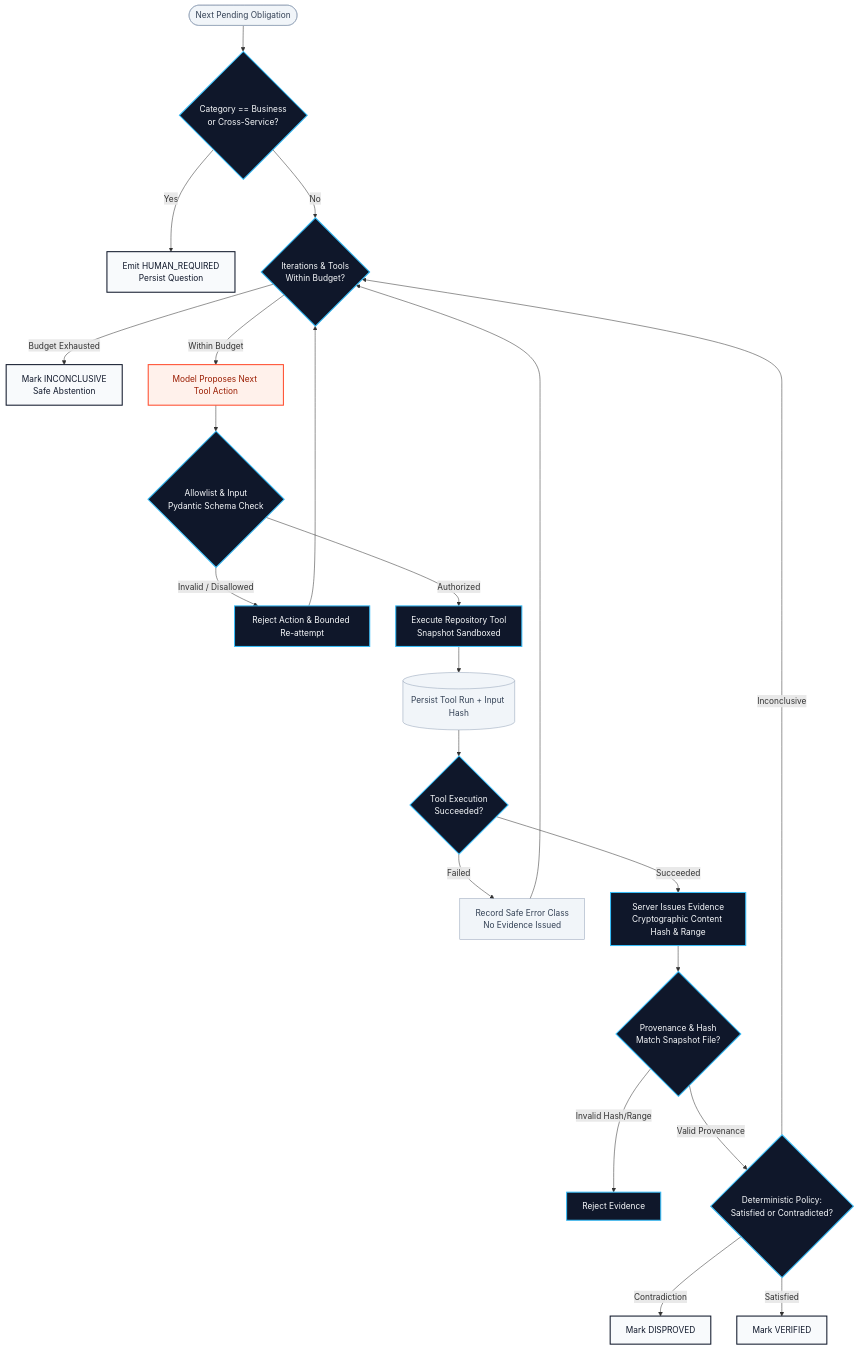
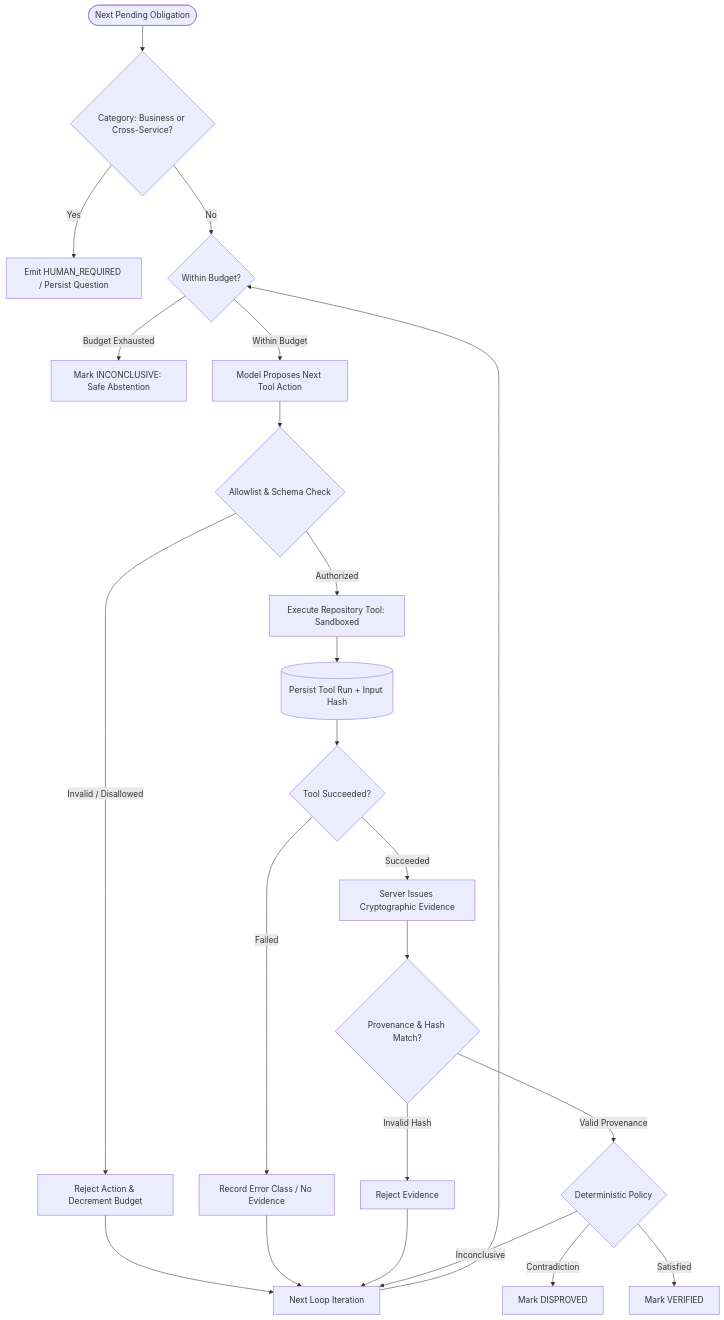
Before and after one commit to NikhilRaikwar/PlanProof: the second of 4 diagrams in README.md, drawn with Mermaid. The commit also changed other lines of this file and 16 other files, not shown here.

Commit message:
fix(ci): add playwright browser install, ruff formatting, and robust mermaid diagrams

````diff
--- a/README.md
+++ b/README.md
@@ -170,36 +164,32 @@
 ```mermaid
 flowchart TD
-  classDef model fill:#FFF1EB,stroke:#FF4D2E,stroke-width:2px,color:#9A1C00;
-  classDef engine fill:#0F172A,stroke:#38BDF8,stroke-width:2px,color:#F8FAFC;
-  classDef terminal fill:#F8FAFC,stroke:#0F172A,stroke-width:2px,color:#0F172A;
-  classDef state fill:#F1F5F9,stroke:#94A3B8,stroke-width:1px,color:#334155;
+  Start([Next Pending Obligation]) --> CheckCat{Category: Business or Cross-Service?}
+  CheckCat -->|Yes| HumanState[Emit HUMAN_REQUIRED / Persist Question]
+  CheckCat -->|No| CheckBudget{Within Budget?}
 
-  Start([Next Pending Obligation]):::state --> CheckCat{Category == Business<br/>or Cross-Service?}:::engine
+  CheckBudget -->|Budget Exhausted| InconclusiveState[Mark INCONCLUSIVE: Safe Abstention]
+  CheckBudget -->|Within Budget| LLMAction[Model Proposes Next Tool Action]
 
-  CheckCat -- Yes --> HumanState[Emit HUMAN_REQUIRED<br/>Persist Question]:::terminal
-  CheckCat -- No --> CheckBudget{Iterations & Tools<br/>Within Budget?}:::engine
+  LLMAction --> SchemaValidate{Allowlist & Schema Check}
+  SchemaValidate -->|Invalid / Disallowed| Replan[Reject Action & Decrement Budget]
+  Replan --> BoundedLoop[Next Loop Iteration]
+  BoundedLoop --> CheckBudget
 
-  CheckBudget -- Budget Exhausted --> InconclusiveState[Mark INCONCLUSIVE<br/>Safe Abstention]:::terminal
-  CheckBudget -- Within Budget --> LLMAction[Model Proposes Next Tool Action]:::model
+  SchemaValidate -->|Authorized| ExecuteTool[Execute Repository Tool: Sandboxed]
+  ExecuteTool --> RecordToolRun[(Persist Tool Run + Input Hash)]
 
-  LLMAction --> SchemaValidate{Allowlist & Input<br/>Pydantic Schema Check}:::engine
-  SchemaValidate -- Invalid / Disallowed --> Replan[Reject Action & Bounded Re-attempt]:::engine
-  Replan --> CheckBudget
+  RecordToolRun --> CheckToolStatus{Tool Succeeded?}
+  CheckToolStatus -->|Failed| ToolFailEvent[Record Error Class / No Evidence]
+  ToolFailEvent --> BoundedLoop
 
-  SchemaValidate -- Authorized --> ExecuteTool[Execute Repository Tool<br/>Snapshot Sandboxed]:::engine
-  ExecuteTool --> RecordToolRun[(Persist Tool Run + Input Hash)]:::state
+  CheckToolStatus -->|Succeeded| IssueEvidence[Server Issues Cryptographic Evidence]
+  IssueEvidence --> ValidateProvenance{Provenance & Hash Match?}
 
-  RecordToolRun --> CheckToolStatus{Tool Execution<br/>Succeeded?}:::engine
-  CheckToolStatus -- Failed --> ToolFailEvent[Record Safe Error Class<br/>No Evidence Issued]:::state
-  ToolFailEvent --> CheckBudget
+  ValidateProvenance -->|Invalid Hash| DropEvidence[Reject Evidence]
+  DropEvidence --> BoundedLoop
 
-  CheckToolStatus -- Succeeded --> IssueEvidence[Server Issues Evidence<br/>Cryptographic Content Hash & Range]:::engine
-  IssueEvidence --> ValidateProvenance{Provenance & Hash<br/>Match Snapshot File?}:::engine
-
-  ValidateProvenance -- Invalid Hash/Range --> DropEvidence[Reject Evidence]:::engine
-  ValidateProvenance -- Valid Provenance --> ApplyPolicy{Deterministic Policy:<br/>Satisfied or Contradicted?}:::engine
-
-  ApplyPolicy -- Contradiction --> Disproved[Mark DISPROVED]:::terminal
-  ApplyPolicy -- Satisfied --> Verified[Mark VERIFIED]:::terminal
-  ApplyPolicy -- Inconclusive --> CheckBudget
+  ValidateProvenance -->|Valid Provenance| ApplyPolicy{Deterministic Policy}
+  ApplyPolicy -->|Contradiction| Disproved[Mark DISPROVED]
+  ApplyPolicy -->|Satisfied| Verified[Mark VERIFIED]
+  ApplyPolicy -->|Inconclusive| BoundedLoop
 ```
````
